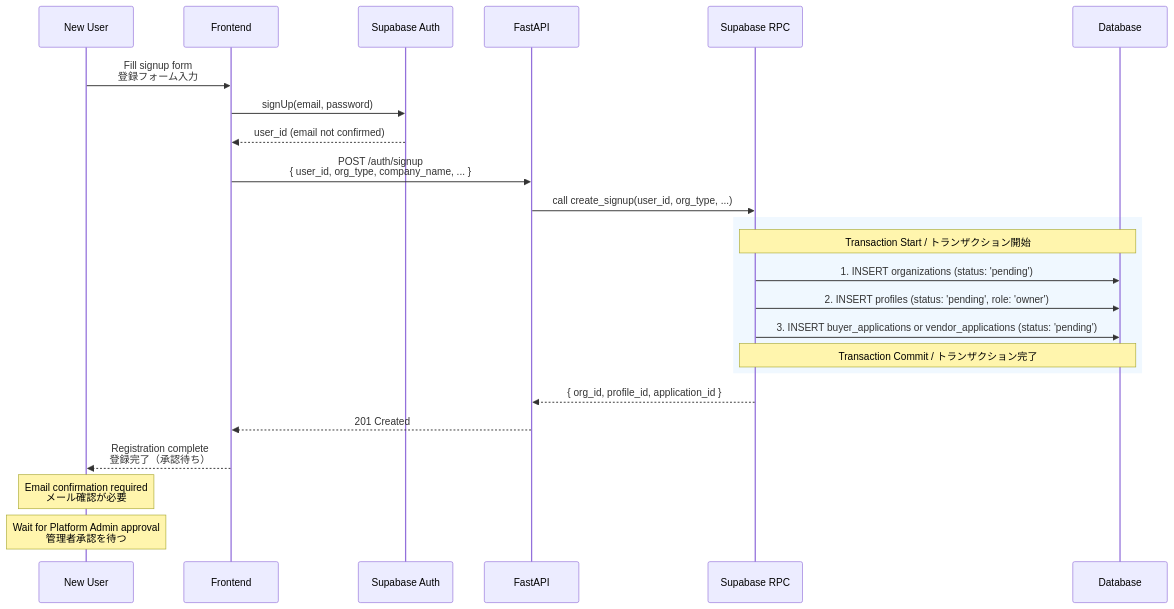
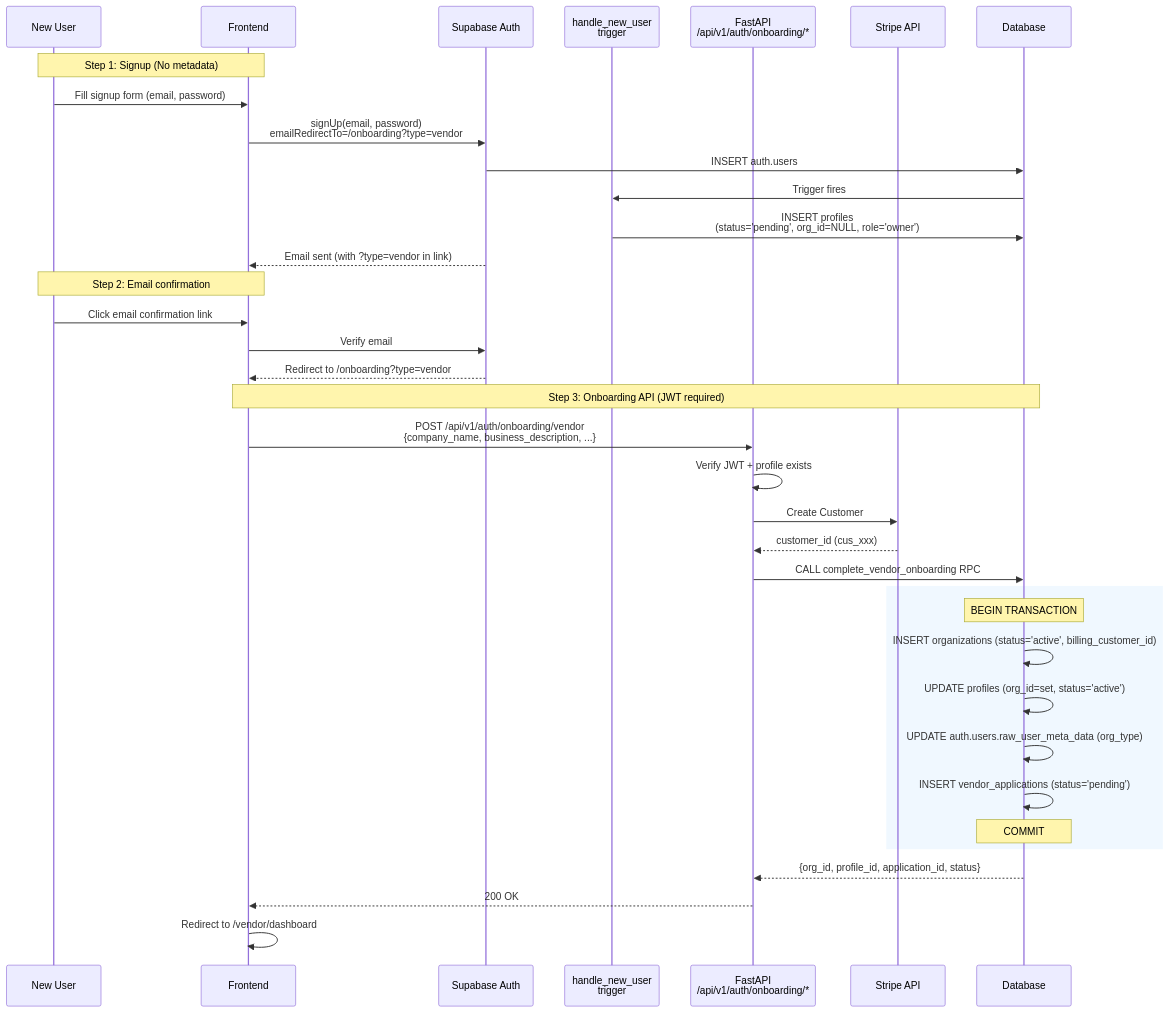
One commit to PhamDuBin/pep changed the seventh of 18 diagrams in docs/workflows/account.md. Above: the diagram before and after it, drawn with Mermaid. The commit also changed other lines of this file and 22 other files, not shown here.

````diff
--- a/docs/workflows/account.md
+++ b/docs/workflows/account.md
@@ -229,31 +239,43 @@
 ```mermaid
 sequenceDiagram
     participant User as New User
     participant FE as Frontend
     participant Auth as Supabase Auth
-    participant API as FastAPI
-    participant RPC as Supabase RPC
+    participant Trigger as handle_new_user<br/>trigger
+    participant API as FastAPI<br/>/api/v1/auth/onboarding/*
+    participant Stripe as Stripe API
     participant DB as Database
 
-    User->>FE: Fill signup form<br/>登録フォーム入力
-    FE->>Auth: signUp(email, password)
-    Auth-->>FE: user_id (email not confirmed)
+    Note over User,FE: Step 1: Signup (No metadata)
+    User->>FE: Fill signup form (email, password)
+    FE->>Auth: signUp(email, password)<br/>emailRedirectTo=/onboarding?type=vendor
+    Auth->>DB: INSERT auth.users
+    DB->>Trigger: Trigger fires
+    Trigger->>DB: INSERT profiles<br/>(status='pending', org_id=NULL, role='owner')
+    Auth-->>FE: Email sent (with ?type=vendor in link)
 
-    FE->>API: POST /auth/signup<br/>{ user_id, org_type, company_name, ... }
-    API->>RPC: call create_signup(user_id, org_type, ...)
+    Note over User,FE: Step 2: Email confirmation
+    User->>FE: Click email confirmation link
+    FE->>Auth: Verify email
+    Auth-->>FE: Redirect to /onboarding?type=vendor
 
+    Note over FE,DB: Step 3: Onboarding API (JWT required)
+    FE->>API: POST /api/v1/auth/onboarding/vendor<br/>{company_name, business_description, ...}
+    API->>API: Verify JWT + profile exists
+    API->>Stripe: Create Customer
+    Stripe-->>API: customer_id (cus_xxx)
+
+    API->>DB: CALL complete_vendor_onboarding RPC
     rect rgb(240, 248, 255)
-        Note over RPC,DB: Transaction Start / トランザクション開始
-        RPC->>DB: 1. INSERT organizations (status: 'pending')
-        RPC->>DB: 2. INSERT profiles (status: 'pending', role: 'owner')
-        RPC->>DB: 3. INSERT buyer_applications or vendor_applications (status: 'pending')
-        Note over RPC,DB: Transaction Commit / トランザクション完了
+        Note over DB: BEGIN TRANSACTION
+        DB->>DB: INSERT organizations (status='active', billing_customer_id)
+        DB->>DB: UPDATE profiles (org_id=set, status='active')
+        DB->>DB: UPDATE auth.users.raw_user_meta_data (org_type)
+        DB->>DB: INSERT vendor_applications (status='pending')
+        Note over DB: COMMIT
     end
 
-    RPC-->>API: { org_id, profile_id, application_id }
-    API-->>FE: 201 Created
-    FE-->>User: Registration complete<br/>登録完了（承認待ち）
-
-    Note over User: Email confirmation required<br/>メール確認が必要
-    Note over User: Wait for Platform Admin approval<br/>管理者承認を待つ
+    DB-->>API: {org_id, profile_id, application_id, status}
+    API-->>FE: 200 OK
+    FE->>FE: Redirect to /vendor/dashboard
 ```
````
